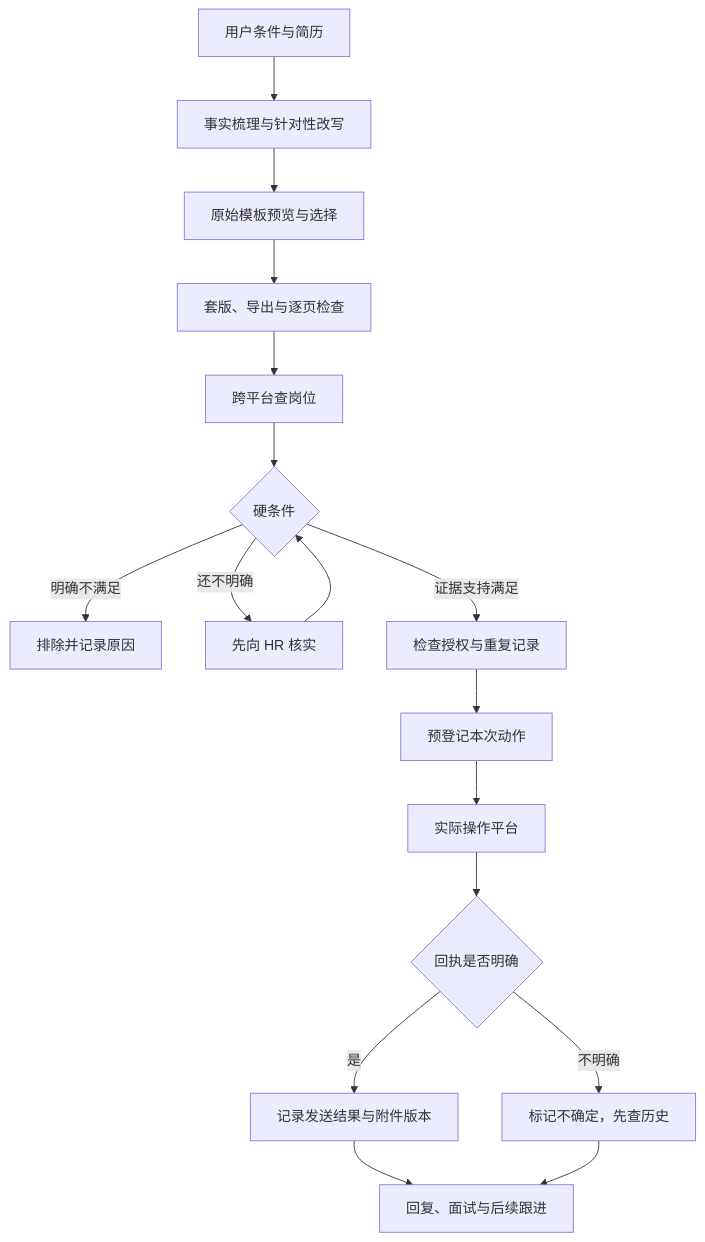
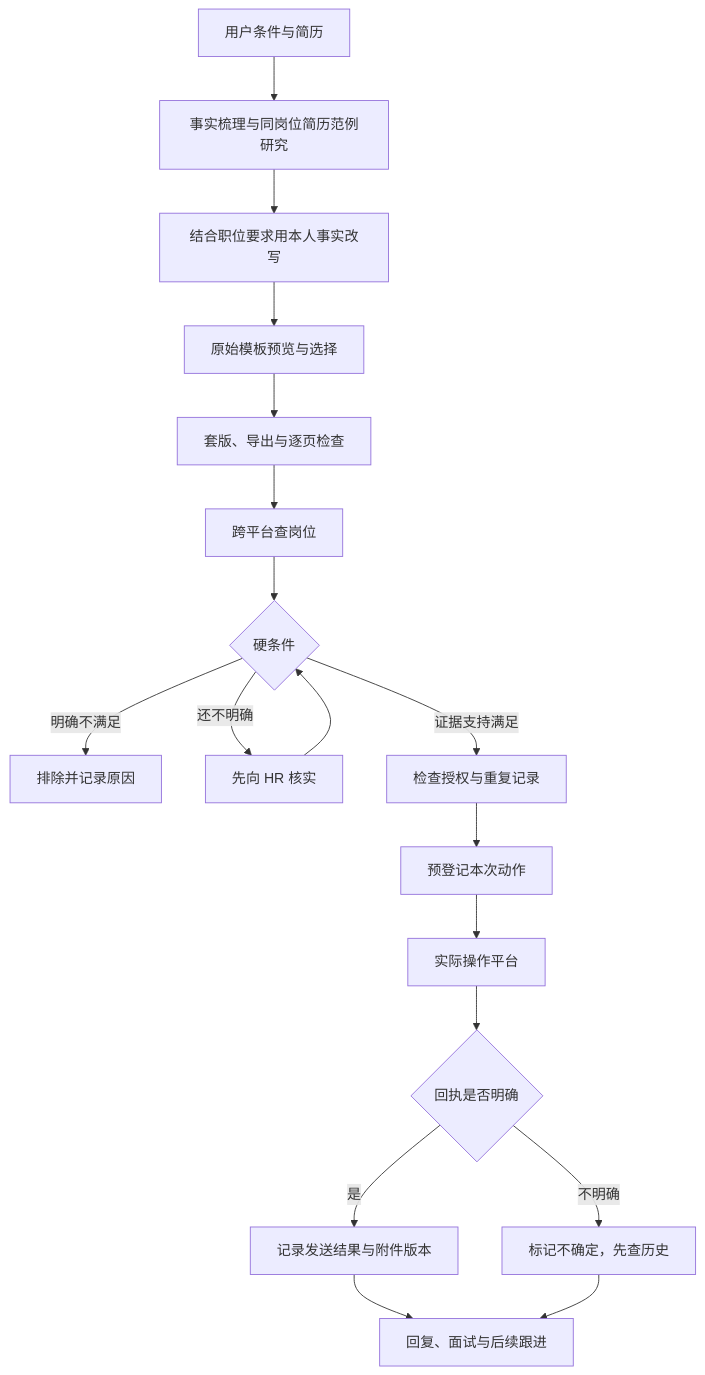
Before and after one commit to oneAI6/yulan-offerpilot: the diagram in README.md, drawn with Mermaid. The commit also changed other lines of this file and 2 other files, not shown here.

Commit message:
Make role-specific resume research a default optimization step

````diff
--- a/README.md
+++ b/README.md
@@ -61,19 +61,20 @@
 ```mermaid
 flowchart TD
-  A[用户条件与简历] --> B[事实梳理与针对性改写]
+  A[用户条件与简历] --> R[事实梳理与同岗位简历范例研究]
+  R --> B[结合职位要求用本人事实改写]
   B --> C[原始模板预览与选择]
   C --> D[套版、导出与逐页检查]
   D --> E[跨平台查岗位]
   E --> F{硬条件}
   F -->|明确不满足| G[排除并记录原因]
   F -->|还不明确| H[先向 HR 核实]
   F -->|证据支持满足| I[检查授权与重复记录]
   H --> F
   I --> J[预登记本次动作]
   J --> K[实际操作平台]
   K --> L{回执是否明确}
   L -->|是| M[记录发送结果与附件版本]
   L -->|不明确| N[标记不确定，先查历史]
   M --> O[回复、面试与后续跟进]
   N --> O
 ```
````
